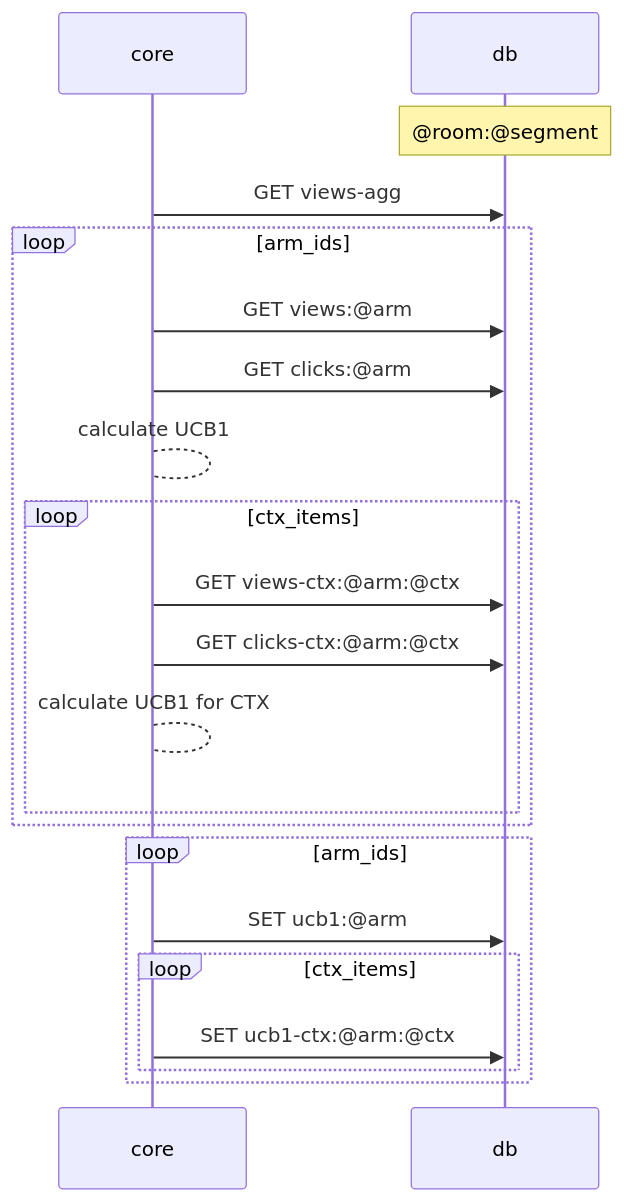
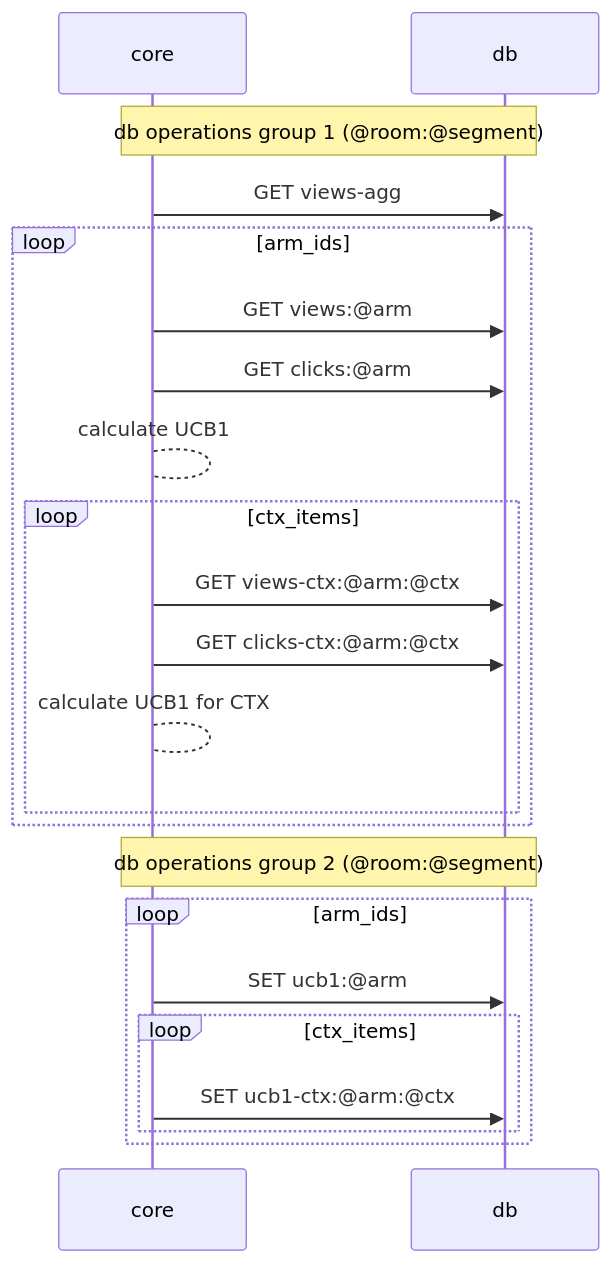
The second of 3 diagrams in README.md (mobarski/kraken), drawn with Mermaid before and after one commit. The commit also changed other lines of this file, not shown here.

````diff
--- a/README.md
+++ b/README.md
@@ -92,28 +90,25 @@
 ```mermaid
 sequenceDiagram
 
-participant core
-participant db
-note over db : @room:@segment
-
+note over core,db : db operations group 1 (@room:@segment)
 core ->> db : GET views-agg
-
 loop arm_ids
 core ->> db : GET views:@arm
 core ->> db : GET clicks:@arm
 core --> core : calculate UCB1
 loop ctx_items
 core ->> db : GET views-ctx:@arm:@ctx
 core ->> db : GET clicks-ctx:@arm:@ctx
 core --> core : calculate UCB1 for CTX
 end
 end
 
+note over core,db : db operations group 2 (@room:@segment)
 loop arm_ids
 core ->> db : SET ucb1:@arm
 loop ctx_items
 core ->> db : SET ucb1-ctx:@arm:@ctx
 end
 end
 
 ```
````
